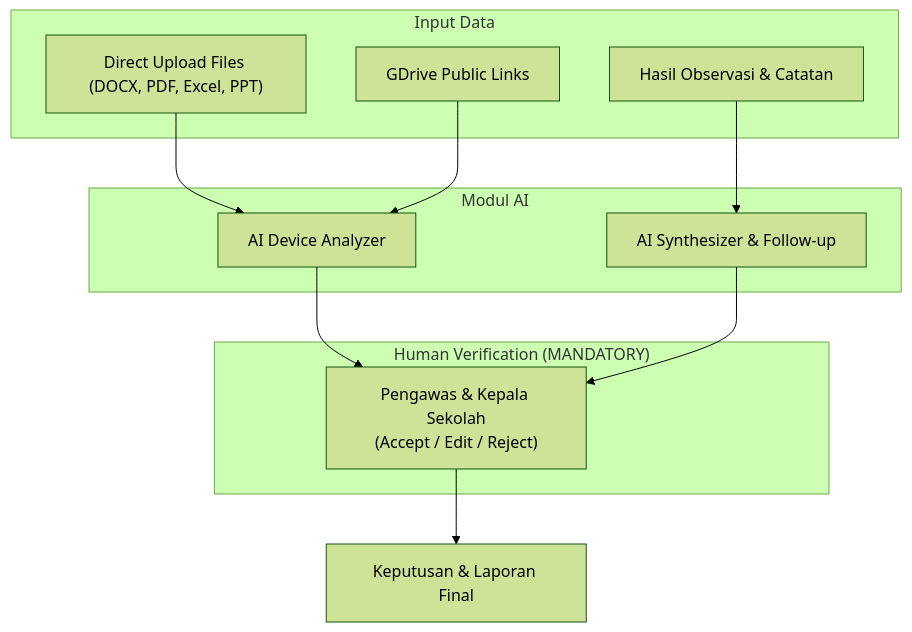
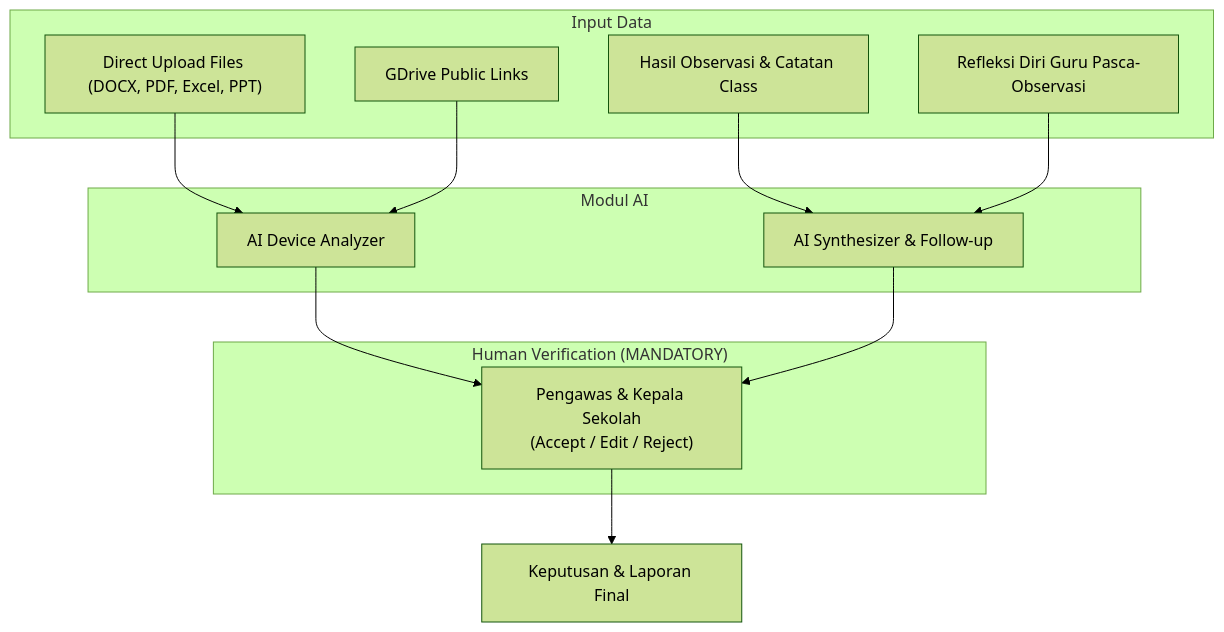
One commit to Hnzsama/supervisi_sekolah changed the first of 2 diagrams in docs/07-sistem-ai-dan-verifikasi.md. Above: the diagram before and after it, drawn with Mermaid (forest theme). The commit also changed other lines of this file and 13 other files, not shown here.

Commit message:
docs: tambahkan tahap refleksi guru pasca-observasi kelas dan pertimbangan tindak lanjut

````diff
--- a/docs/07-sistem-ai-dan-verifikasi.md
+++ b/docs/07-sistem-ai-dan-verifikasi.md
@@ -7,24 +7,26 @@
 ```mermaid
 flowchart TD
     subgraph INPUTS["Input Data"]
         UPL["Direct Upload Files (DOCX, PDF, Excel, PPT)"]
         GDF["GDrive Public Links"]
-        OBS["Hasil Observasi & Catatan"]
+        OBS["Hasil Observasi & Catatan Class"]
+        REF["Refleksi Diri Guru Pasca-Observasi"]
     end
 
     subgraph AI_MODULES["Modul AI"]
         AID["AI Device Analyzer"]
         AIS["AI Synthesizer & Follow-up"]
     end
 
     subgraph HITL["Human Verification (MANDATORY)"]
         REV["Pengawas & Kepala Sekolah<br/>(Accept / Edit / Reject)"]
     end
 
     UPL --> AID
     GDF --> AID
     OBS --> AIS
+    REF --> AIS
     AID --> REV
     AIS --> REV
     REV --> FIN["Keputusan & Laporan Final"]
 ```
````
